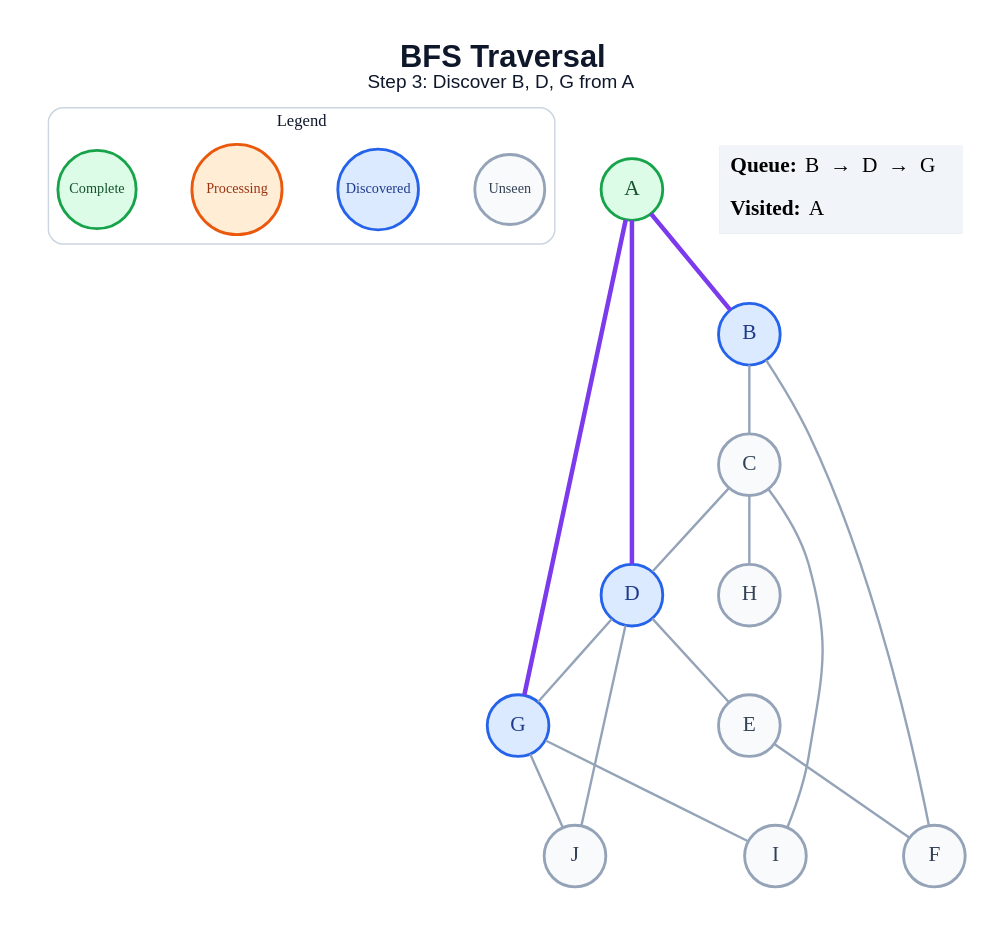
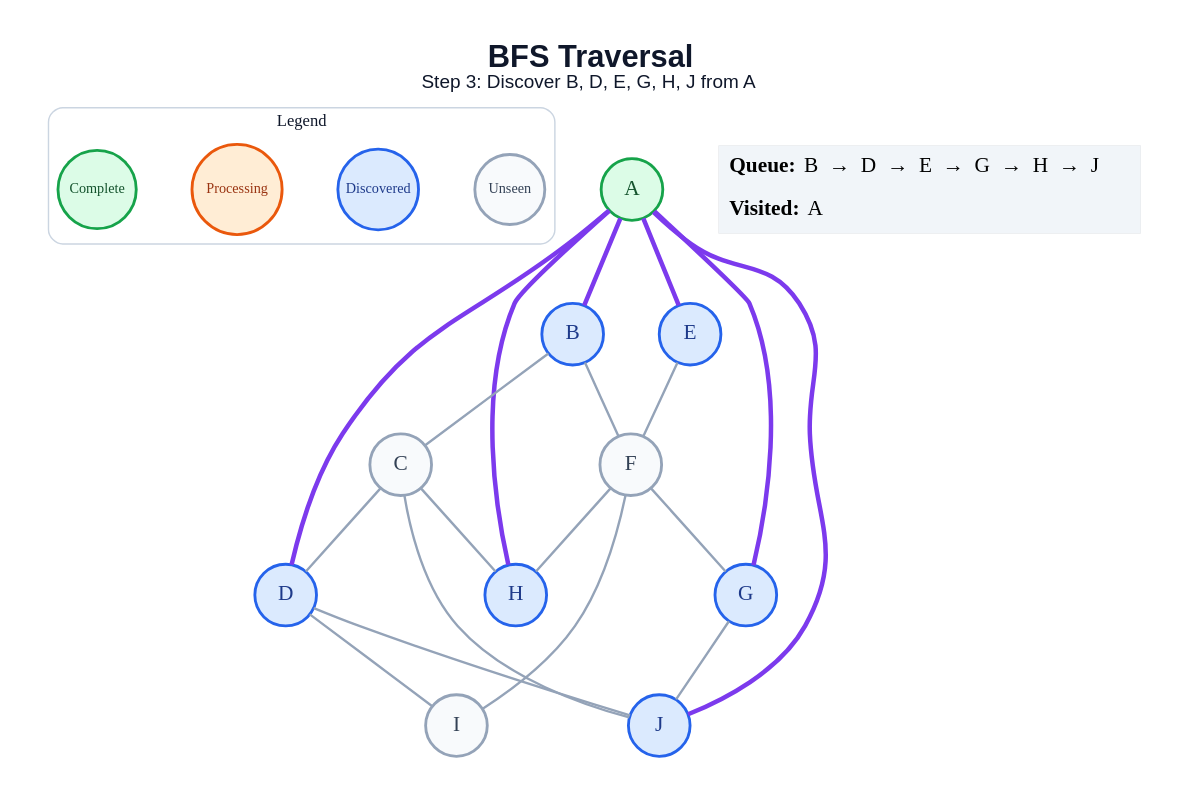
Before and after one commit to anon7238593-create/ai-slop: the diagram in generated/bfs/step_03.dot, drawn with Graphviz. The commit also changed 178 other files, not shown here.

```diff
--- a/generated/bfs/step_03.dot
+++ b/generated/bfs/step_03.dot
@@ -1,43 +1,47 @@
 graph traversal {
   graph [layout=dot, rankdir=TB, bgcolor="#FFFFFF", pad="0.35", nodesep="0.65", ranksep="0.8", fontname="Arial"];
   node [shape=circle, style="filled", fontname="Arial Bold", fontsize=18, width=0.72, fixedsize=true, penwidth=2.4];
   edge [color="#94A3B8", penwidth=2.0];
-  label=<<B>BFS Traversal</B><BR/><FONT POINT-SIZE="16">Step 3: Discover B, D, G from A</FONT>>; labelloc="t"; fontsize=26; fontname="Arial"; fontcolor="#0F172A";
+  label=<<B>BFS Traversal</B><BR/><FONT POINT-SIZE="16">Step 3: Discover B, D, E, G, H, J from A</FONT>>; labelloc="t"; fontsize=26; fontname="Arial"; fontcolor="#0F172A";
   subgraph cluster_legend { label="Legend"; color="#CBD5E1"; penwidth=1.2; style="rounded"; fontsize=14; fontname="Arial Bold";
     key_unseen [label="Unseen", fillcolor="#F8FAFC", color="#94A3B8", fontcolor="#334155", fontsize=12, width=0.82];
     key_frontier [label="Discovered", fillcolor="#DBEAFE", color="#2563EB", fontcolor="#1E3A8A", fontsize=12, width=0.95];
     key_current [label="Processing", fillcolor="#FFEDD5", color="#EA580C", fontcolor="#9A3412", fontsize=12, width=1.05];
     key_done [label="Complete", fillcolor="#DCFCE7", color="#16A34A", fontcolor="#14532D", fontsize=12, width=0.92];
     { rank=same; key_unseen; key_frontier; key_current; key_done; }
   }
   A [fillcolor="#DCFCE7", color="#16A34A", fontcolor="#14532D"];
   B [fillcolor="#DBEAFE", color="#2563EB", fontcolor="#1E3A8A"];
   C [fillcolor="#F8FAFC", color="#94A3B8", fontcolor="#334155"];
   D [fillcolor="#DBEAFE", color="#2563EB", fontcolor="#1E3A8A"];
-  E [fillcolor="#F8FAFC", color="#94A3B8", fontcolor="#334155"];
+  E [fillcolor="#DBEAFE", color="#2563EB", fontcolor="#1E3A8A"];
   F [fillcolor="#F8FAFC", color="#94A3B8", fontcolor="#334155"];
   G [fillcolor="#DBEAFE", color="#2563EB", fontcolor="#1E3A8A"];
-  H [fillcolor="#F8FAFC", color="#94A3B8", fontcolor="#334155"];
+  H [fillcolor="#DBEAFE", color="#2563EB", fontcolor="#1E3A8A"];
   I [fillcolor="#F8FAFC", color="#94A3B8", fontcolor="#334155"];
-  J [fillcolor="#F8FAFC", color="#94A3B8", fontcolor="#334155"];
+  J [fillcolor="#DBEAFE", color="#2563EB", fontcolor="#1E3A8A"];
   A -- B [color="#7C3AED", penwidth=3.8];
   A -- D [color="#7C3AED", penwidth=3.8];
+  A -- E [color="#7C3AED", penwidth=3.8];
   A -- G [color="#7C3AED", penwidth=3.8];
+  A -- H [color="#7C3AED", penwidth=3.8];
+  A -- J [color="#7C3AED", penwidth=3.8];
   B -- C;
   B -- F;
   C -- D;
   C -- H;
-  C -- I;
-  D -- E;
-  D -- G;
+  C -- J;
+  D -- I;
   D -- J;
   E -- F;
-  G -- I;
+  F -- G;
+  F -- H;
+  F -- I;
   G -- J;
   status [shape=plain, fixedsize=false, width=0, height=0, margin=0, label=<
     <TABLE BORDER="0" CELLBORDER="0" CELLPADDING="7" BGCOLOR="#F1F5F9">
-      <TR><TD ALIGN="LEFT"><B>Queue:</B> B  →  D  →  G</TD></TR>
+      <TR><TD ALIGN="LEFT"><B>Queue:</B> B  →  D  →  E  →  G  →  H  →  J</TD></TR>
       <TR><TD ALIGN="LEFT"><B>Visited:</B> A</TD></TR>
     </TABLE>
   >];
 }
```
